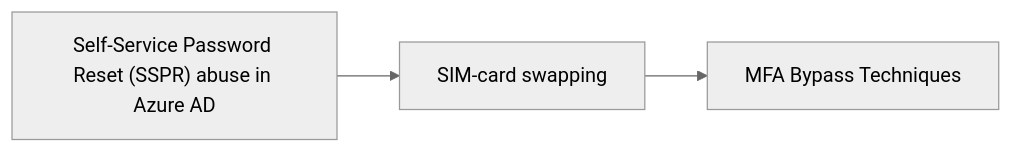
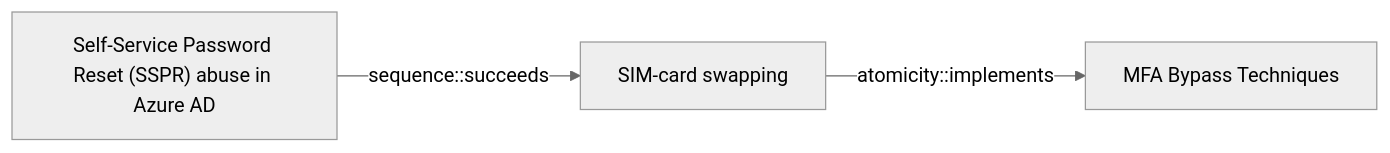
Before and after one commit to opentidehq/library: the diagram in docs/threats/self-service-password-reset-sspr-abuse-in-azure-ad.md, drawn with Mermaid (neutral theme). The commit also changed other lines of this file and 277 other files, not shown here.

````diff
--- a/docs/threats/self-service-password-reset-sspr-abuse-in-azure-ad.md
+++ b/docs/threats/self-service-password-reset-sspr-abuse-in-azure-ad.md
@@ -64,8 +104,8 @@
 ```mermaid
 flowchart LR
 a1a17bd4_ec7e_4302_aedf_96ee7c436065["Self-Service Password Reset (SSPR) abuse in Azure AD"]
 6a7a493a_511a_4c9d_aa9c_4427c832a322["SIM-card swapping"]
 4a807ac4_f764_41b1_ae6f_94239041d349["MFA Bypass Techniques"]
-a1a17bd4_ec7e_4302_aedf_96ee7c436065 --> 6a7a493a_511a_4c9d_aa9c_4427c832a322
-6a7a493a_511a_4c9d_aa9c_4427c832a322 --> 4a807ac4_f764_41b1_ae6f_94239041d349
+a1a17bd4_ec7e_4302_aedf_96ee7c436065 -->|sequence::succeeds| 6a7a493a_511a_4c9d_aa9c_4427c832a322
+6a7a493a_511a_4c9d_aa9c_4427c832a322 -->|atomicity::implements| 4a807ac4_f764_41b1_ae6f_94239041d349
 ```
````
